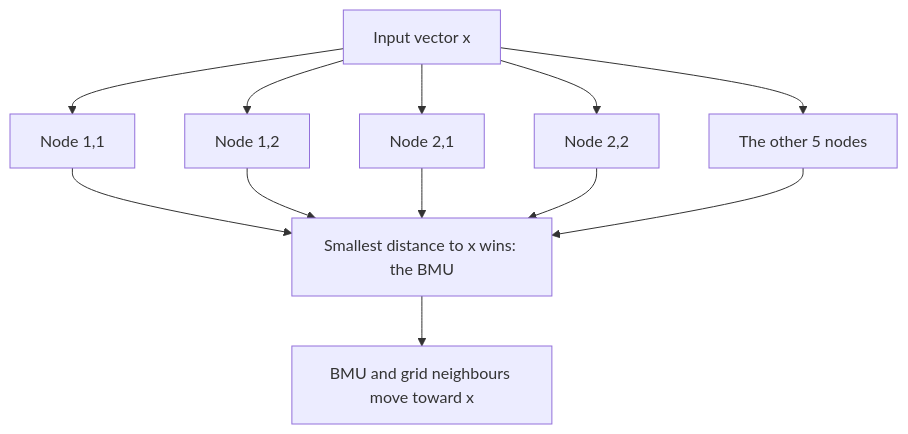
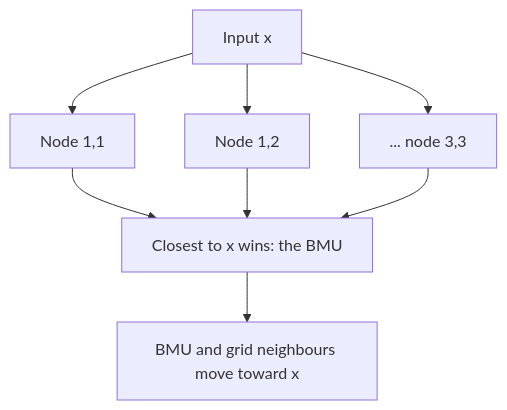
One commit to lubdhak7414/lubdhak7414.github.io changed the diagram in src/content/post/cse425-final-kohonen-som/index.md. Above: the diagram before and after it, drawn with Mermaid. The commit also changed other lines of this file and 27 other files, not shown here.

````diff
--- a/src/content/post/cse425-final-kohonen-som/index.md
+++ b/src/content/post/cse425-final-kohonen-som/index.md
@@ -29,14 +29,10 @@
 ```mermaid
 flowchart TD
-    X["Input vector x"] --> N1["Node 1,1"]
+    X["Input x"] --> N1["Node 1,1"]
     X --> N2["Node 1,2"]
-    X --> N3["Node 2,1"]
-    X --> N4["Node 2,2"]
-    X --> N5["The other 5 nodes"]
-    N1 --> W["Smallest distance to x wins: the BMU"]
+    X --> N9["... node 3,3"]
+    N1 --> W["Closest to x wins: the BMU"]
     N2 --> W
-    N3 --> W
-    N4 --> W
-    N5 --> W
+    N9 --> W
     W --> U["BMU and grid neighbours move toward x"]
 ```
````
